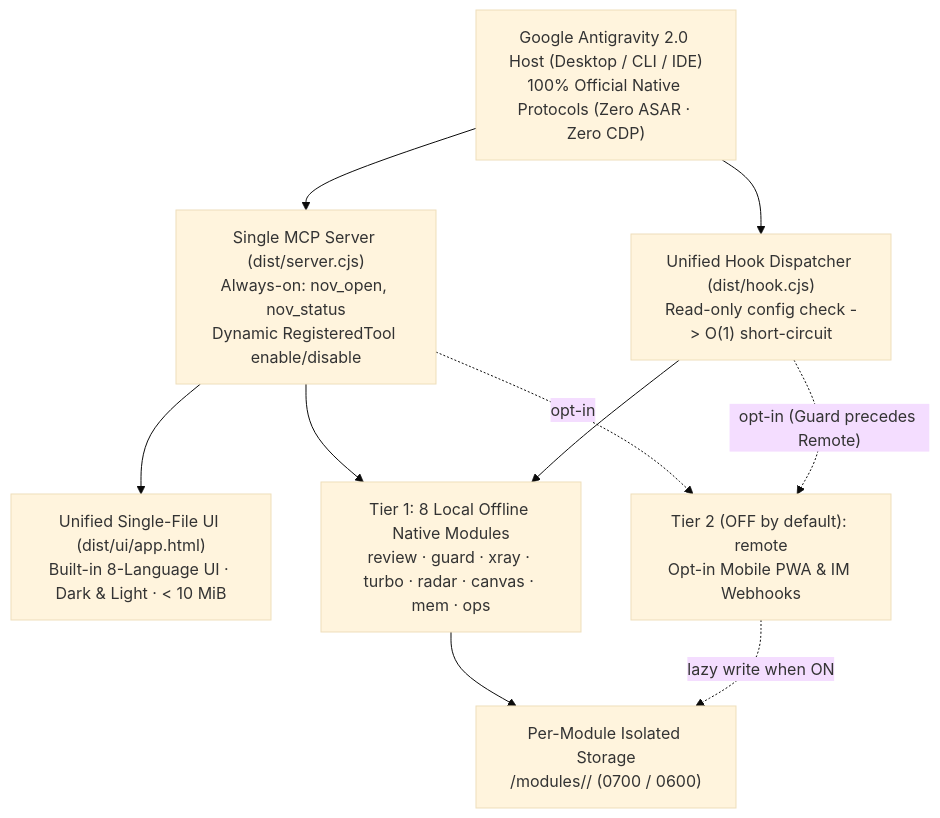
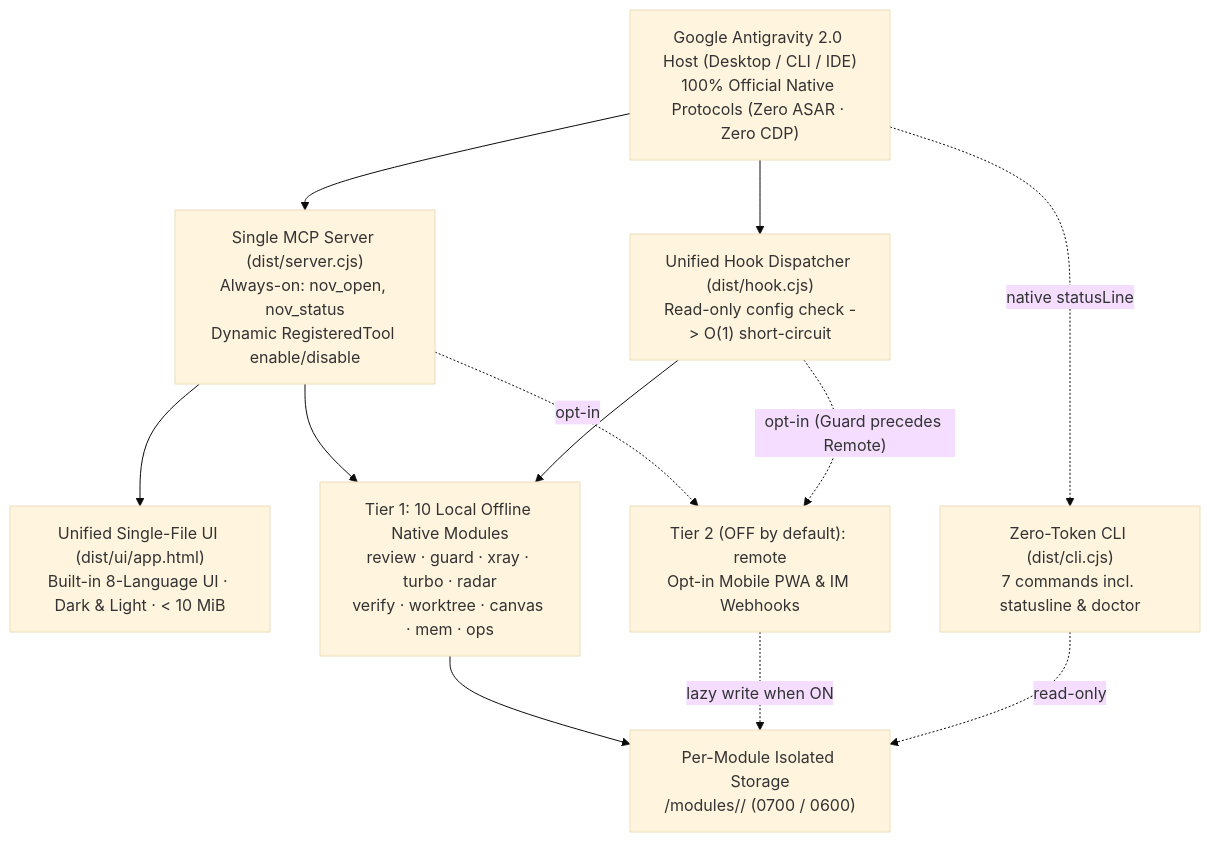
The diagram in README.md (tone-leh/agy-NOV), drawn with Mermaid (base theme) before and after one commit. The commit also changed other lines of this file and 60 other files, not shown here.

Commit message:
feat(v0.3.0): Verify Gate Stop-hook, Git Worktree Orchestrator, Swarm Lineage telemetry & CLI statusline

````diff
--- a/README.md
+++ b/README.md
@@ -186,20 +190,23 @@
 ```mermaid
 flowchart TB
   Host["Google Antigravity 2.0 Host (Desktop / CLI / IDE)\n100% Official Native Protocols (Zero ASAR · Zero CDP)"]
   MCP["Single MCP Server (dist/server.cjs)\nAlways-on: nov_open, nov_status\nDynamic RegisteredTool enable/disable"]
   UI["Unified Single-File UI (dist/ui/app.html)\nBuilt-in 8-Language UI · Dark & Light · < 10 MiB"]
   Hook["Unified Hook Dispatcher (dist/hook.cjs)\nRead-only config check -> O(1) short-circuit"]
+  CLI["Zero-Token CLI (dist/cli.cjs)\n7 commands incl. statusline & doctor"]
   Store["Per-Module Isolated Storage\n<dataDir>/modules/<id>/ (0700 / 0600)"]
-  T1["Tier 1: 8 Local Offline Native Modules\nreview · guard · xray · turbo · radar · canvas · mem · ops"]
+  T1["Tier 1: 10 Local Offline Native Modules\nreview · guard · xray · turbo · radar\nverify · worktree · canvas · mem · ops"]
   T2R["Tier 2 (OFF by default): remote\nOpt-in Mobile PWA & IM Webhooks"]
 
   Host --> MCP
   Host --> Hook
+  Host -. "native statusLine" .-> CLI
   MCP --> UI
   MCP --> T1
   MCP -. "opt-in" .-> T2R
   Hook --> T1
   Hook -. "opt-in (Guard precedes Remote)" .-> T2R
   T1 --> Store
   T2R -. "lazy write when ON" .-> Store
+  CLI -. "read-only" .-> Store
 ```
````
